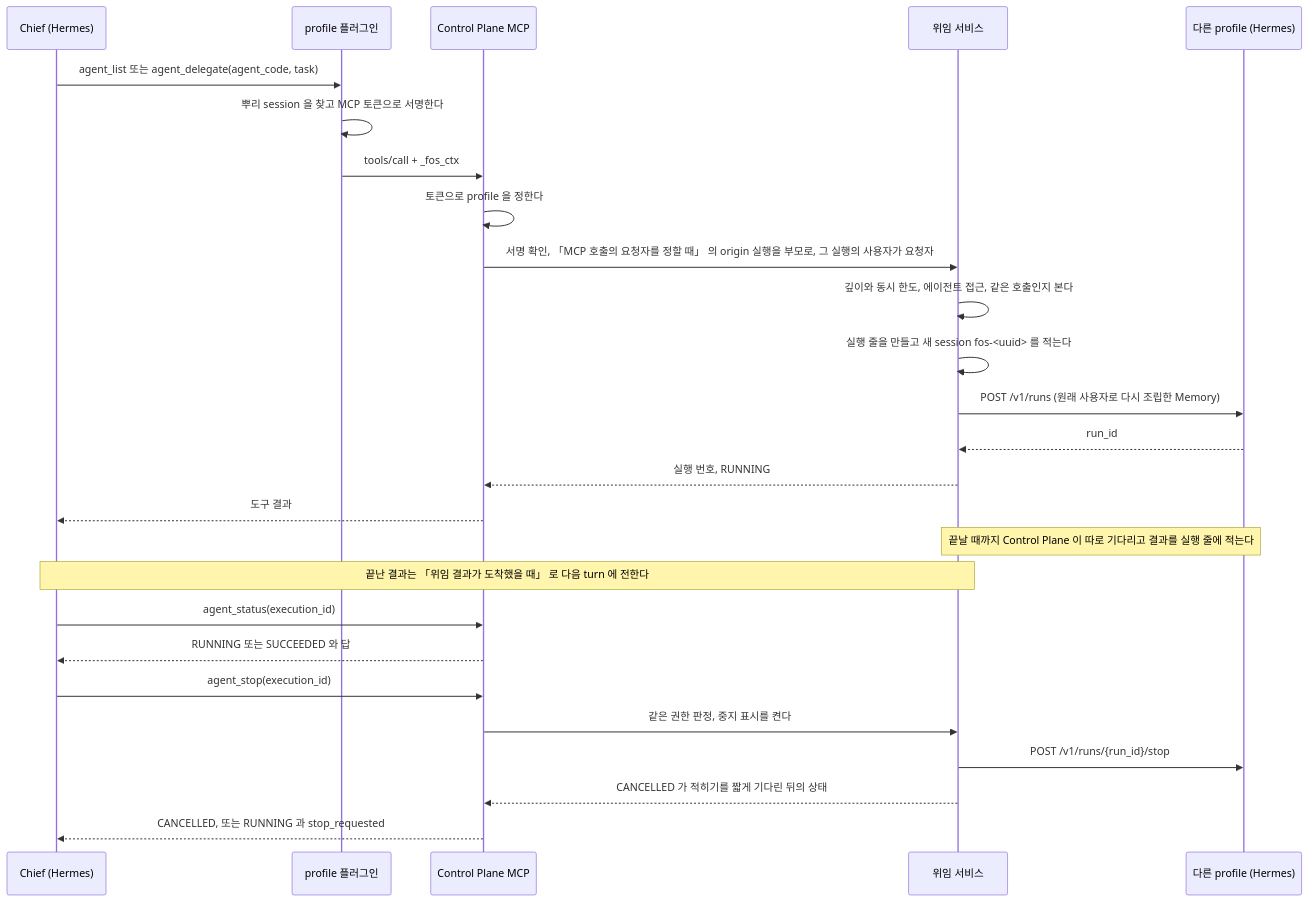
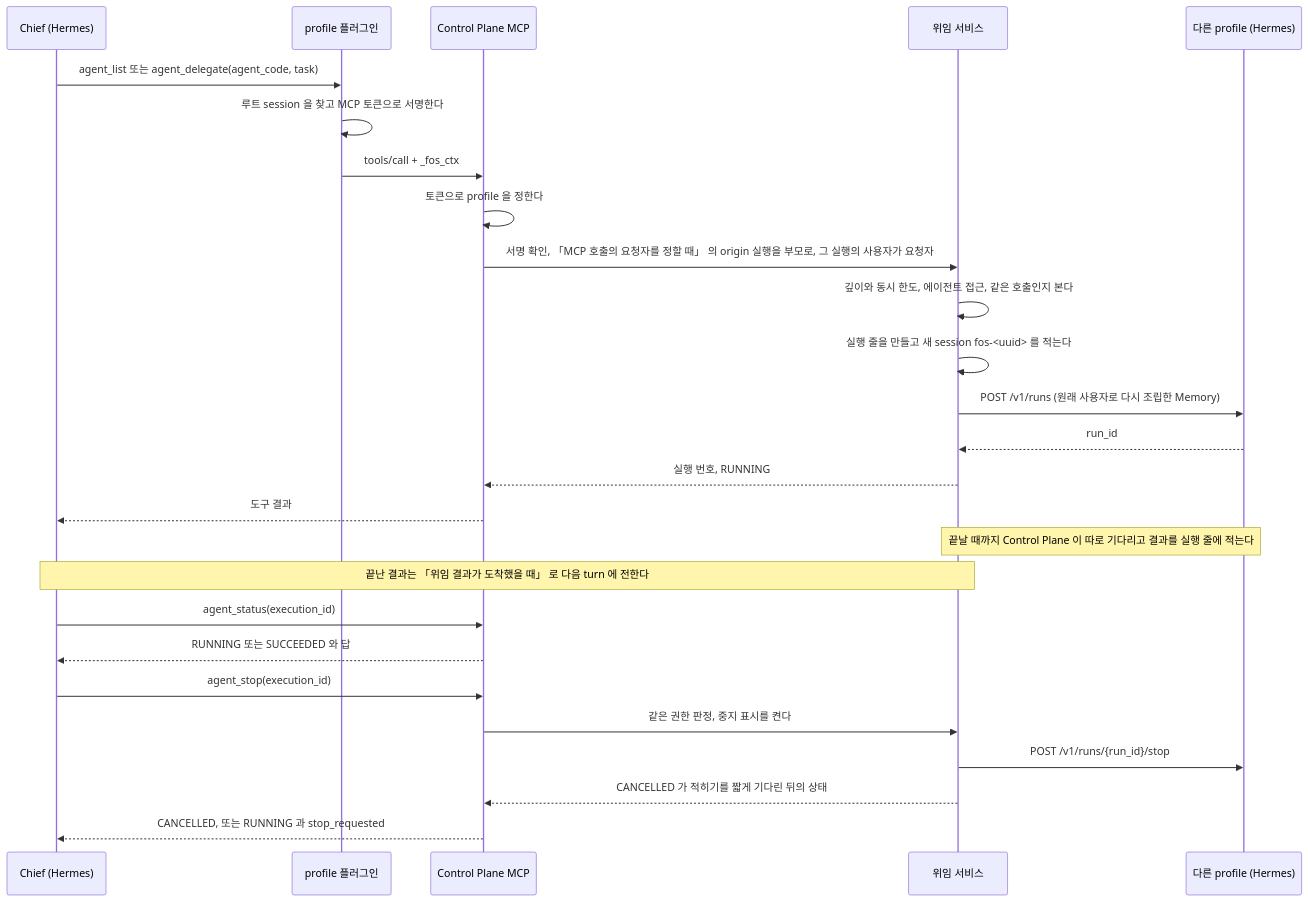
The first of 2 diagrams in docs/backend/agent-delegation.md (jon890/fos-assistant), drawn with Mermaid before and after one commit. The commit also changed other lines of this file and 37 other files, not shown here.

````diff
--- a/docs/backend/agent-delegation.md
+++ b/docs/backend/agent-delegation.md
@@ -90,29 +90,29 @@
 ```mermaid
 sequenceDiagram
     participant C as Chief (Hermes)
     participant P as profile 플러그인
     participant M as Control Plane MCP
     participant D as 위임 서비스
     participant H as 다른 profile (Hermes)
 
     C->>P: agent_list 또는 agent_delegate(agent_code, task)
-    P->>P: 뿌리 session 을 찾고 MCP 토큰으로 서명한다
+    P->>P: 루트 session 을 찾고 MCP 토큰으로 서명한다
     P->>M: tools/call + _fos_ctx
     M->>M: 토큰으로 profile 을 정한다
     M->>D: 서명 확인, 「MCP 호출의 요청자를 정할 때」 의 origin 실행을 부모로, 그 실행의 사용자가 요청자
     D->>D: 깊이와 동시 한도, 에이전트 접근, 같은 호출인지 본다
     D->>D: 실행 줄을 만들고 새 session fos-<uuid> 를 적는다
     D->>H: POST /v1/runs (원래 사용자로 다시 조립한 Memory)
     H-->>D: run_id
     D-->>M: 실행 번호, RUNNING
     M-->>C: 도구 결과
     Note over D,H: 끝날 때까지 Control Plane 이 따로 기다리고 결과를 실행 줄에 적는다
     Note over C,D: 끝난 결과는 「위임 결과가 도착했을 때」 로 다음 turn 에 전한다
     C->>M: agent_status(execution_id)
     M-->>C: RUNNING 또는 SUCCEEDED 와 답
     C->>M: agent_stop(execution_id)
     M->>D: 같은 권한 판정, 중지 표시를 켠다
     D->>H: POST /v1/runs/{run_id}/stop
     D-->>M: CANCELLED 가 적히기를 짧게 기다린 뒤의 상태
     M-->>C: CANCELLED, 또는 RUNNING 과 stop_requested
 ```
````
